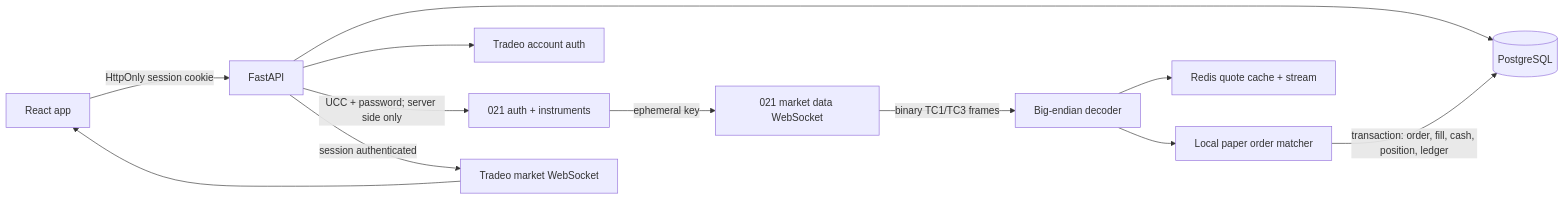
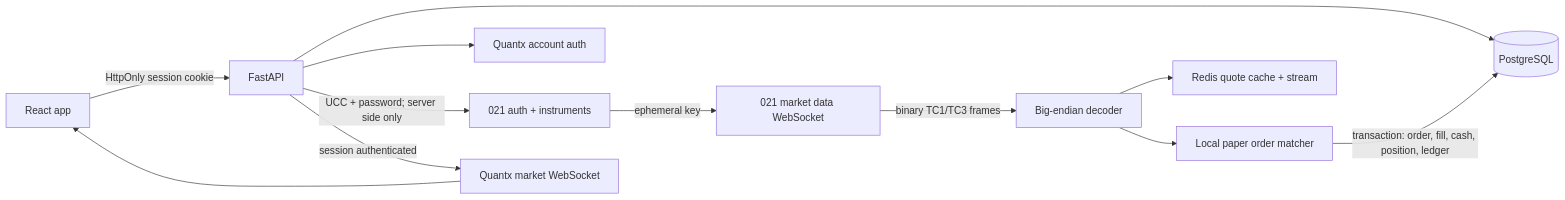
The diagram in ARCHITECTURE.md (achotanibhavikoffice-ui/Paper_trade), drawn with Mermaid before and after one commit. The commit also changed other lines of this file and 44 other files, not shown here.

````diff
--- a/ARCHITECTURE.md
+++ b/ARCHITECTURE.md
@@ -43,14 +43,14 @@
 ```mermaid
 flowchart LR
   Browser[React app] -->|HttpOnly session cookie| API[FastAPI]
   API --> DB[(PostgreSQL)]
-  API --> Auth[Tradeo account auth]
+  API --> Auth[Quantx account auth]
   API -->|UCC + password; server side only| REST[021 auth + instruments]
   REST -->|ephemeral key| Feed[021 market data WebSocket]
   Feed -->|binary TC1/TC3 frames| Decoder[Big-endian decoder]
   Decoder --> Cache[Redis quote cache + stream]
   Decoder --> Matcher[Local paper order matcher]
   Matcher -->|transaction: order, fill, cash, position, ledger| DB
-  API -->|session authenticated| AppWS[Tradeo market WebSocket]
+  API -->|session authenticated| AppWS[Quantx market WebSocket]
   AppWS --> Browser
 ```
````
